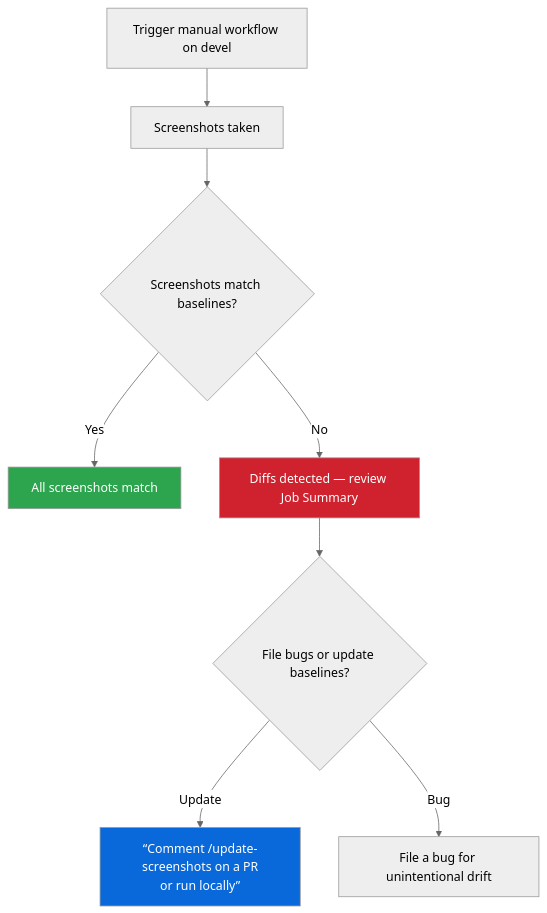
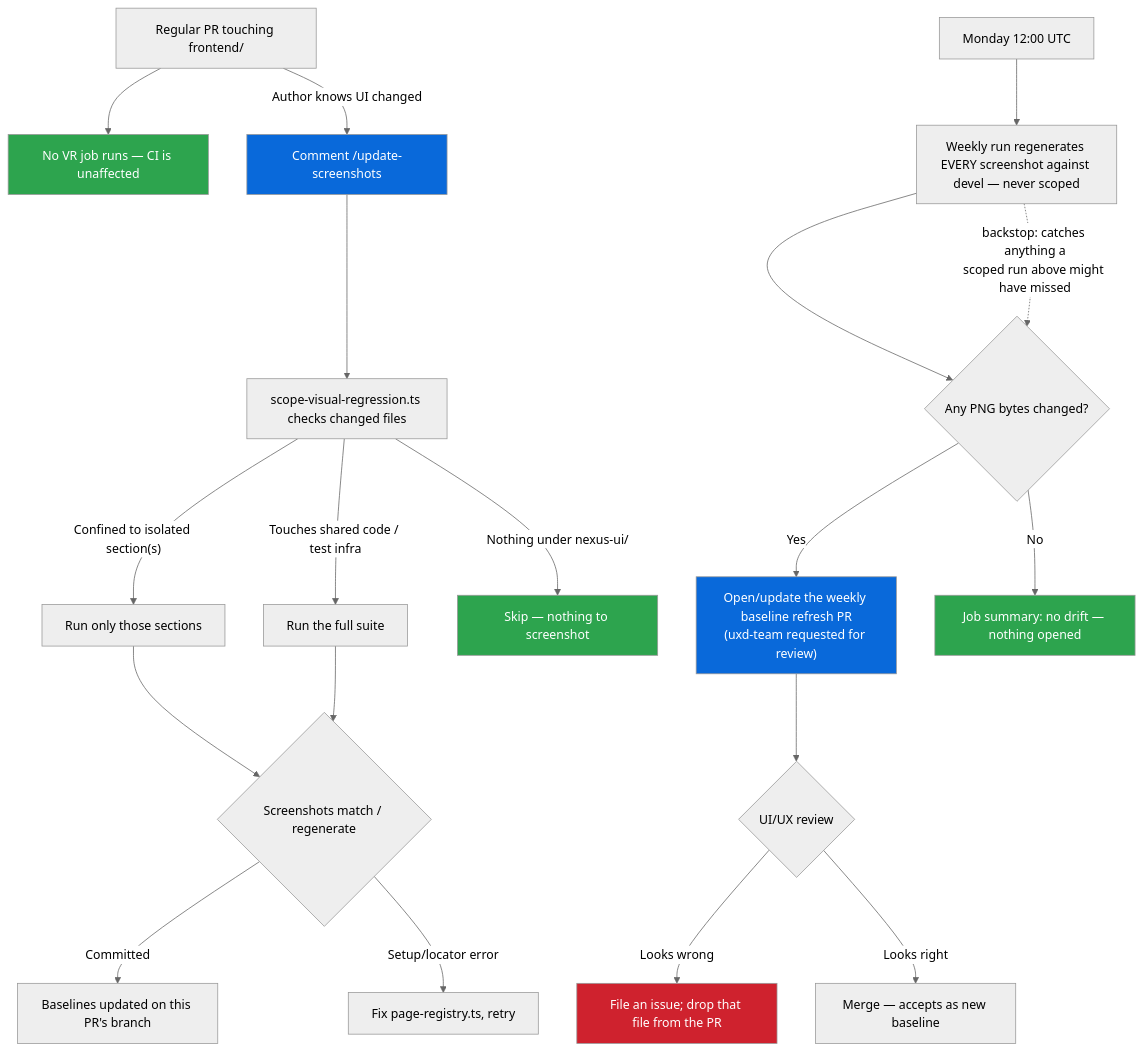
Before and after one commit to alinabuzachis/syntara: the diagram in frontend/packages/nexus-ui/VISUAL_REGRESSION.md, drawn with Mermaid (neutral theme). The commit also changed other lines of this file and 26 other files, not shown here.

First line of the commit message:
fix(visual-regression): weekly baseline refresh + scoped /update-screenshots (no per-PR gate) (#436)

````diff
--- a/frontend/packages/nexus-ui/VISUAL_REGRESSION.md
+++ b/frontend/packages/nexus-ui/VISUAL_REGRESSION.md
@@ -22,14 +41,29 @@
 ```mermaid
 flowchart TD
-    A[Trigger manual workflow on devel] --> B[Screenshots taken]
-    B --> C{Screenshots match baselines?}
-    C -- Yes --> D[All screenshots match]
-    C -- No --> F[Diffs detected — review Job Summary]
-    F --> G{File bugs or update baselines?}
-    G -- Update --> H[“Comment /update-screenshots on a PR\nor run locally”]
-    G -- Bug --> I[File a bug for unintentional drift]
+    A[Regular PR touching frontend/] --> B[No VR job runs — CI is unaffected]
+    A -- "Author knows UI changed" --> C["Comment /update-screenshots"]
+    C --> S["scope-visual-regression.ts checks changed files"]
+    S -- "Confined to isolated section(s)" --> S1["Run only those sections"]
+    S -- "Touches shared code / test infra" --> S2["Run the full suite"]
+    S -- "Nothing under nexus-ui/" --> S3["Skip — nothing to screenshot"]
+    S1 --> D{Screenshots match / regenerate}
+    S2 --> D
+    D -- Committed --> E[Baselines updated on this PR's branch]
+    D -- Setup/locator error --> F[Fix page-registry.ts, retry]
 
-    style D fill:#2da44e,color:#fff
-    style F fill:#cf222e,color:#fff
-    style H fill:#0969da,color:#fff
+    I[Monday 12:00 UTC] --> J["Weekly run regenerates EVERY screenshot against devel — never scoped"]
+    J --> K{Any PNG bytes changed?}
+    K -- Yes --> L["Open/update the weekly baseline refresh PR\n(uxd-team requested for review)"]
+    K -- No --> M[Job summary: no drift — nothing opened]
+    L --> N{UI/UX review}
+    N -- Looks wrong --> O[File an issue; drop that file from the PR]
+    N -- Looks right --> P[Merge — accepts as new baseline]
+    J -.->|"backstop: catches anything a\nscoped run above might have missed"| K
+
+    style B fill:#2da44e,color:#fff
+    style M fill:#2da44e,color:#fff
+    style S3 fill:#2da44e,color:#fff
+    style O fill:#cf222e,color:#fff
+    style C fill:#0969da,color:#fff
+    style L fill:#0969da,color:#fff
 ```
````
